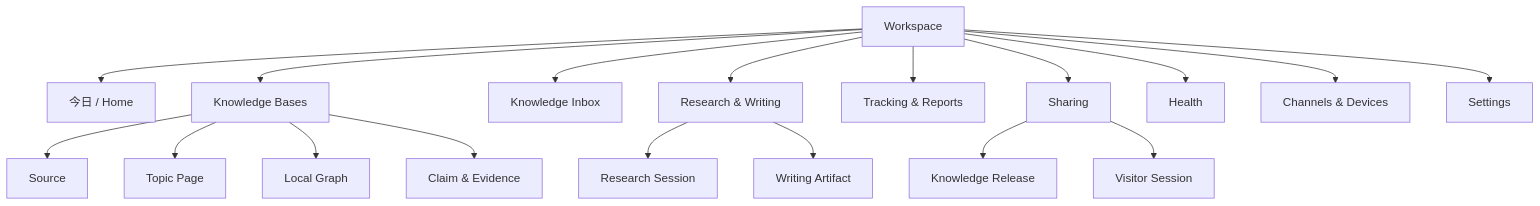
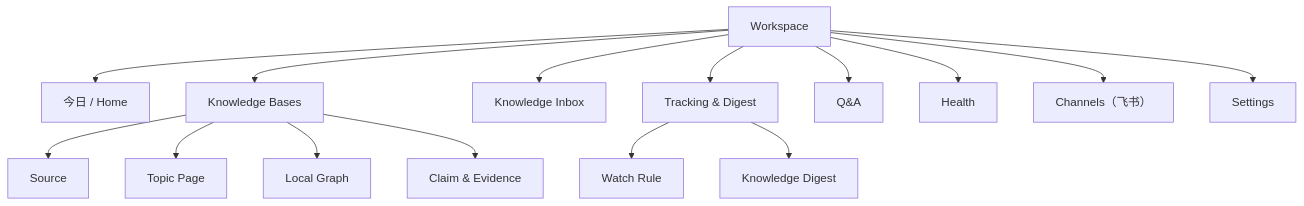
Before and after one commit to FlyAIBox/fly-wiki: the first of 2 diagrams in docs/product/产品设计-FlyWiki-一期.md, drawn with Mermaid. The commit also changed other lines of this file and 15 other files, not shown here.

````diff
--- a/docs/product/产品设计-FlyWiki-一期.md
+++ b/docs/product/产品设计-FlyWiki-一期.md
@@ -51,20 +54,17 @@
 ```mermaid
 flowchart TD
     A["Workspace"] --> B["今日 / Home"]
     A --> C["Knowledge Bases"]
     A --> D["Knowledge Inbox"]
-    A --> E["Research & Writing"]
-    A --> F["Tracking & Reports"]
-    A --> G["Sharing"]
+    A --> E["Tracking & Digest"]
+    A --> F["Q&A"]
     A --> H["Health"]
-    A --> I["Channels & Devices"]
+    A --> I["Channels（飞书）"]
     A --> J["Settings"]
     C --> C1["Source"]
     C --> C2["Topic Page"]
     C --> C3["Local Graph"]
     C --> C4["Claim & Evidence"]
-    E --> E1["Research Session"]
-    E --> E2["Writing Artifact"]
-    G --> G1["Knowledge Release"]
-    G --> G2["Visitor Session"]
+    E --> E1["Watch Rule"]
+    E --> E2["Knowledge Digest"]
 ```
````
